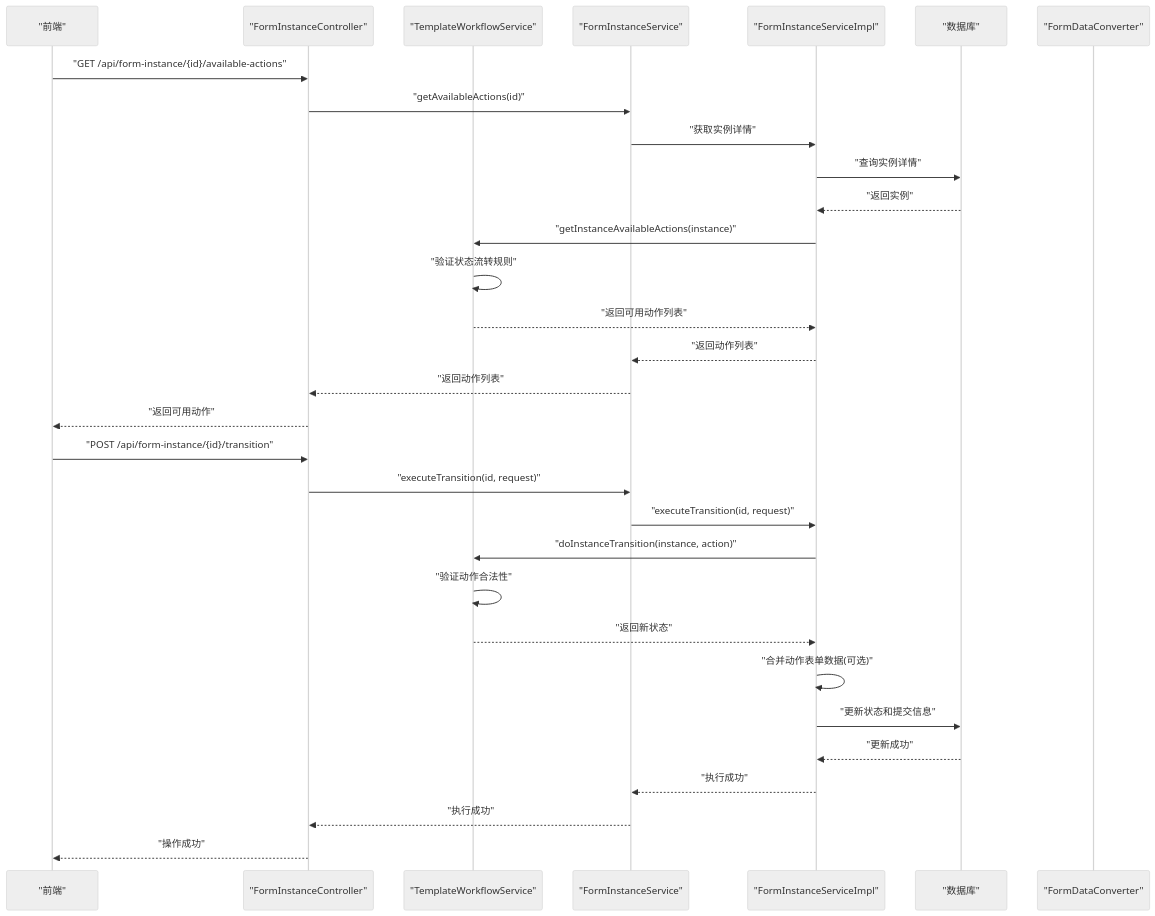
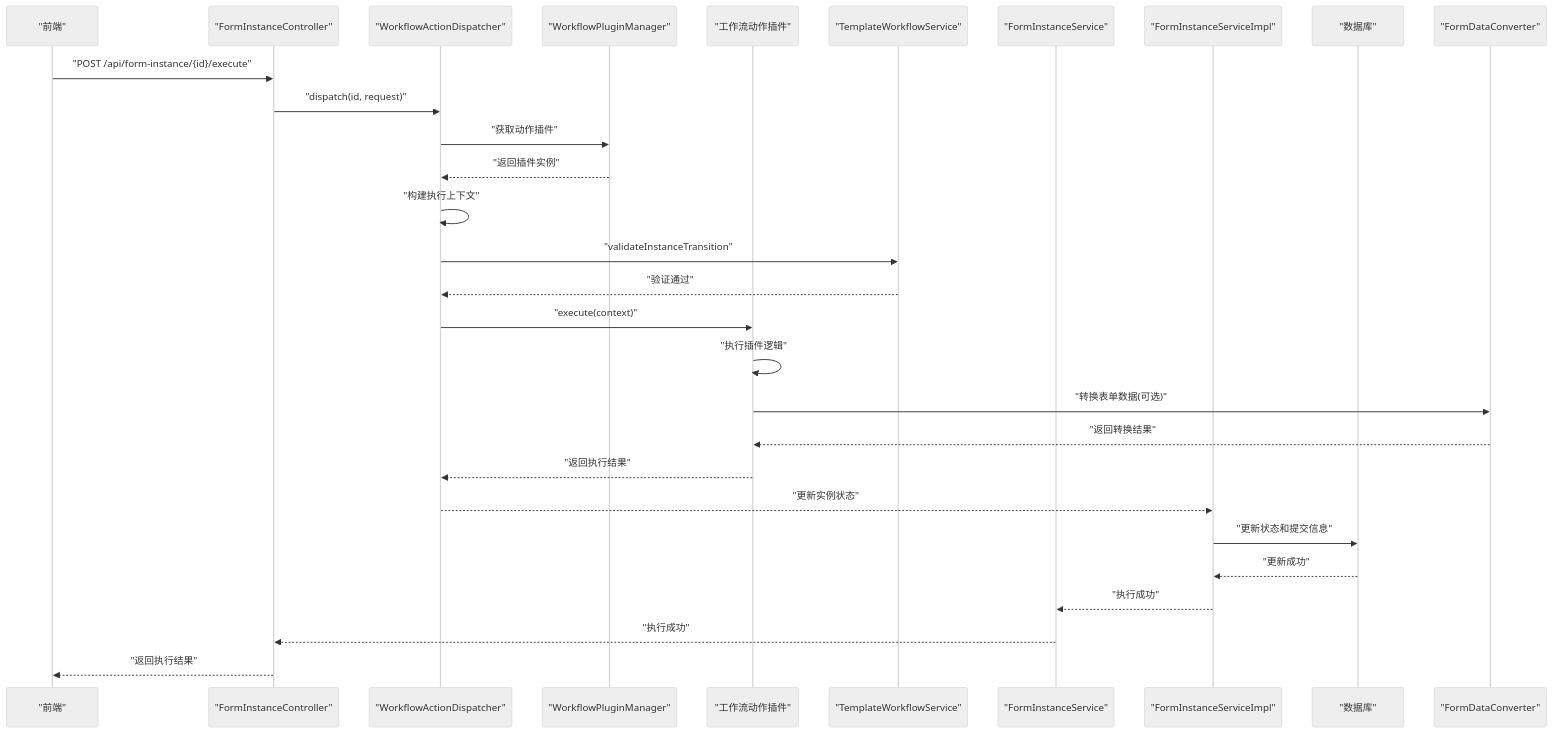
One commit to NJMrLi/genetics changed the second of 7 diagrams in .qoder/repowiki/zh/content/API接口文档/服务单实例API.md. Above: the diagram before and after it, drawn with Mermaid (neutral theme). The commit also changed other lines of this file and 19 other files, not shown here.

````diff
--- a/.qoder/repowiki/zh/content/API接口文档/服务单实例API.md
+++ b/.qoder/repowiki/zh/content/API接口文档/服务单实例API.md
@@ -155,33 +164,31 @@
 ```mermaid
 sequenceDiagram
 participant FE as "前端"
 participant Ctrl as "FormInstanceController"
+participant Dispatcher as "WorkflowActionDispatcher"
+participant PluginMgr as "WorkflowPluginManager"
+participant Plugin as "工作流动作插件"
 participant WFService as "TemplateWorkflowService"
 participant Svc as "FormInstanceService"
 participant Impl as "FormInstanceServiceImpl"
 participant DB as "数据库"
 participant Conv as "FormDataConverter"
-FE->>Ctrl : "GET /api/form-instance/{id}/available-actions"
-Ctrl->>Svc : "getAvailableActions(id)"
-Svc->>Impl : "获取实例详情"
-Impl->>DB : "查询实例详情"
-DB-->>Impl : "返回实例"
-Impl->>WFService : "getInstanceAvailableActions(instance)"
-WFService->>WFService : "验证状态流转规则"
-WFService-->>Impl : "返回可用动作列表"
-Impl-->>Svc : "返回动作列表"
-Svc-->>Ctrl : "返回动作列表"
-Ctrl-->>FE : "返回可用动作"
-FE->>Ctrl : "POST /api/form-instance/{id}/transition"
-Ctrl->>Svc : "executeTransition(id, request)"
-Svc->>Impl : "executeTransition(id, request)"
-Impl->>WFService : "doInstanceTransition(instance, action)"
-WFService->>WFService : "验证动作合法性"
-WFService-->>Impl : "返回新状态"
-Impl->>Impl : "合并动作表单数据(可选)"
+FE->>Ctrl : "POST /api/form-instance/{id}/execute"
+Ctrl->>Dispatcher : "dispatch(id, request)"
+Dispatcher->>PluginMgr : "获取动作插件"
+PluginMgr-->>Dispatcher : "返回插件实例"
+Dispatcher->>Dispatcher : "构建执行上下文"
+Dispatcher->>WFService : "validateInstanceTransition"
+WFService-->>Dispatcher : "验证通过"
+Dispatcher->>Plugin : "execute(context)"
+Plugin->>Plugin : "执行插件逻辑"
+Plugin->>Conv : "转换表单数据(可选)"
+Conv-->>Plugin : "返回转换结果"
+Plugin-->>Dispatcher : "返回执行结果"
+Dispatcher-->>Impl : "更新实例状态"
 Impl->>DB : "更新状态和提交信息"
 DB-->>Impl : "更新成功"
 Impl-->>Svc : "执行成功"
 Svc-->>Ctrl : "执行成功"
-Ctrl-->>FE : "操作成功"
+Ctrl-->>FE : "返回执行结果"
 ```
````
